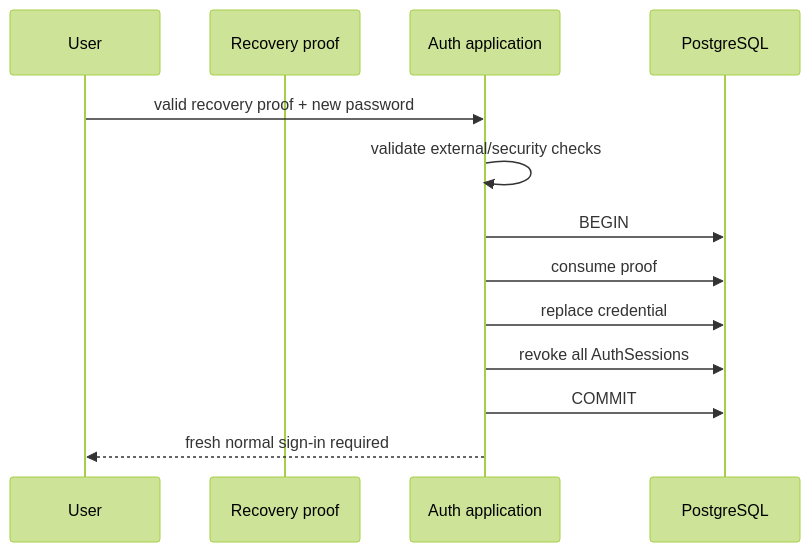
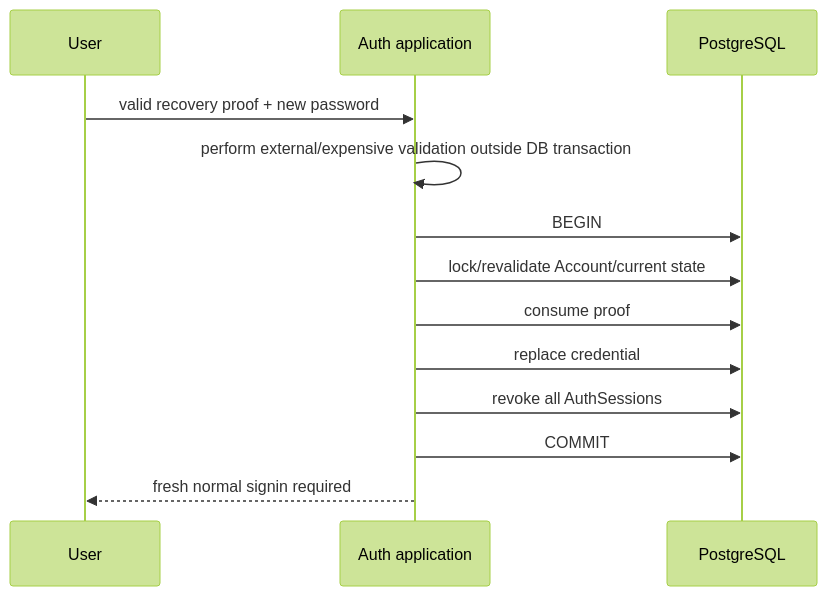
The seventh of 12 diagrams in docs/architecture/access-auth-architecture.md (MattiaRubino/dante), drawn with Mermaid (forest theme) before and after one commit. The commit also changed other lines of this file, not shown here.

Commit message:
docs(auth): close M2 architecture contract

````diff
--- a/docs/architecture/access-auth-architecture.md
+++ b/docs/architecture/access-auth-architecture.md
@@ -339,15 +337,15 @@
 ```mermaid
 sequenceDiagram
     participant U as User
-    participant R as Recovery proof
     participant A as Auth application
     participant DB as PostgreSQL
     U->>A: valid recovery proof + new password
-    A->>A: validate external/security checks
+    A->>A: perform external/expensive validation outside DB transaction
     A->>DB: BEGIN
+    A->>DB: lock/revalidate Account/current state
     A->>DB: consume proof
     A->>DB: replace credential
     A->>DB: revoke all AuthSessions
     A->>DB: COMMIT
-    A-->>U: fresh normal sign-in required
+    A-->>U: fresh normal signin required
 ```
````
